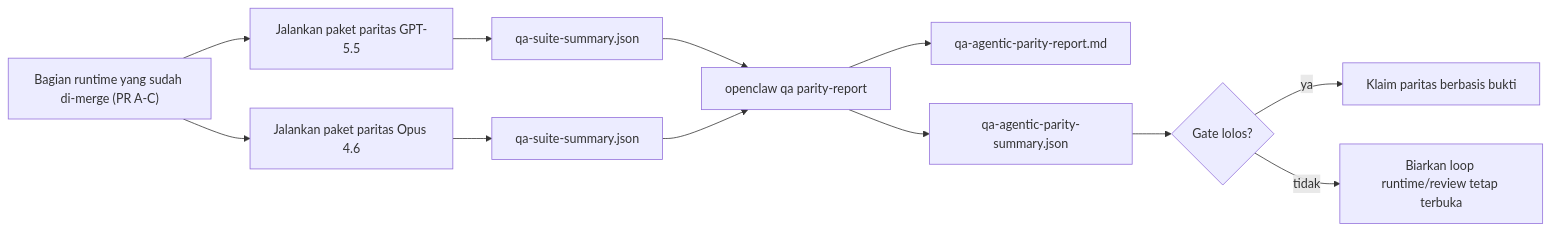
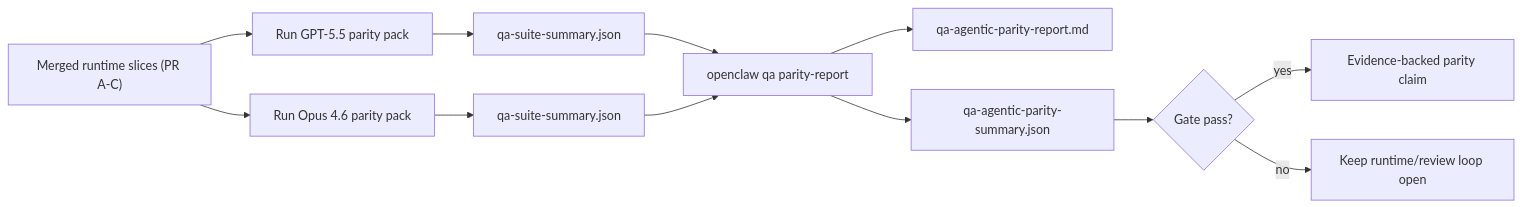
One commit to openclaw/docs changed the second of 2 diagrams in docs/id/help/gpt55-codex-agentic-parity.md. Above: the diagram before and after it, drawn with Mermaid. The commit also changed other lines of this file and 225 other files, not shown here.

````diff
--- a/docs/id/help/gpt55-codex-agentic-parity.md
+++ b/docs/id/help/gpt55-codex-agentic-parity.md
@@ -131,14 +129,14 @@
 ```mermaid
 flowchart LR
-    A["Bagian runtime yang sudah di-merge (PR A-C)"] --> B["Jalankan paket paritas GPT-5.5"]
-    A --> C["Jalankan paket paritas Opus 4.6"]
+    A["Merged runtime slices (PR A-C)"] --> B["Run GPT-5.5 parity pack"]
+    A --> C["Run Opus 4.6 parity pack"]
     B --> D["qa-suite-summary.json"]
     C --> E["qa-suite-summary.json"]
     D --> F["openclaw qa parity-report"]
     E --> F
     F --> G["qa-agentic-parity-report.md"]
     F --> H["qa-agentic-parity-summary.json"]
-    H --> I{"Gate lolos?"}
-    I -- "ya" --> J["Klaim paritas berbasis bukti"]
-    I -- "tidak" --> K["Biarkan loop runtime/review tetap terbuka"]
+    H --> I{"Gate pass?"}
+    I -- "yes" --> J["Evidence-backed parity claim"]
+    I -- "no" --> K["Keep runtime/review loop open"]
 ```
````
